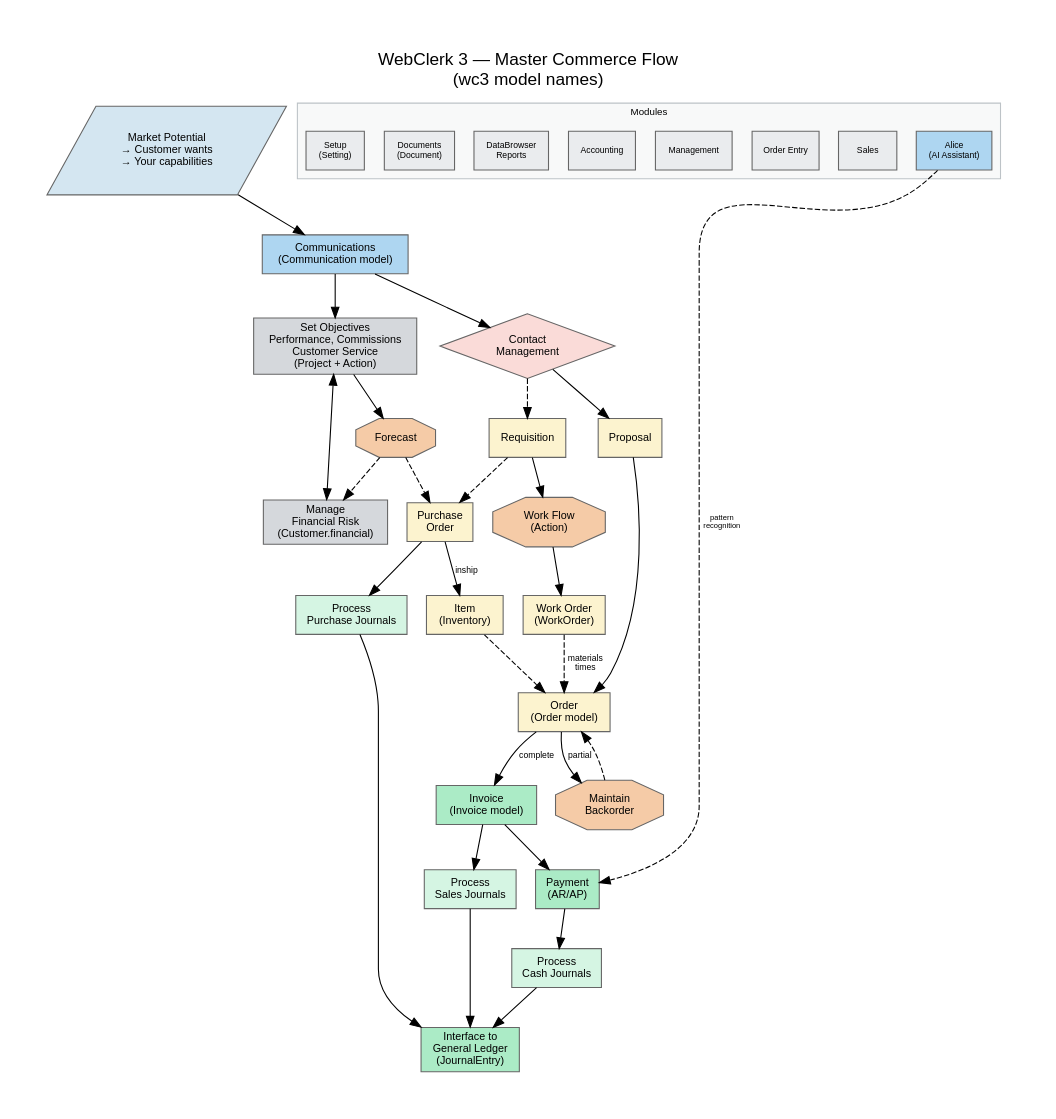
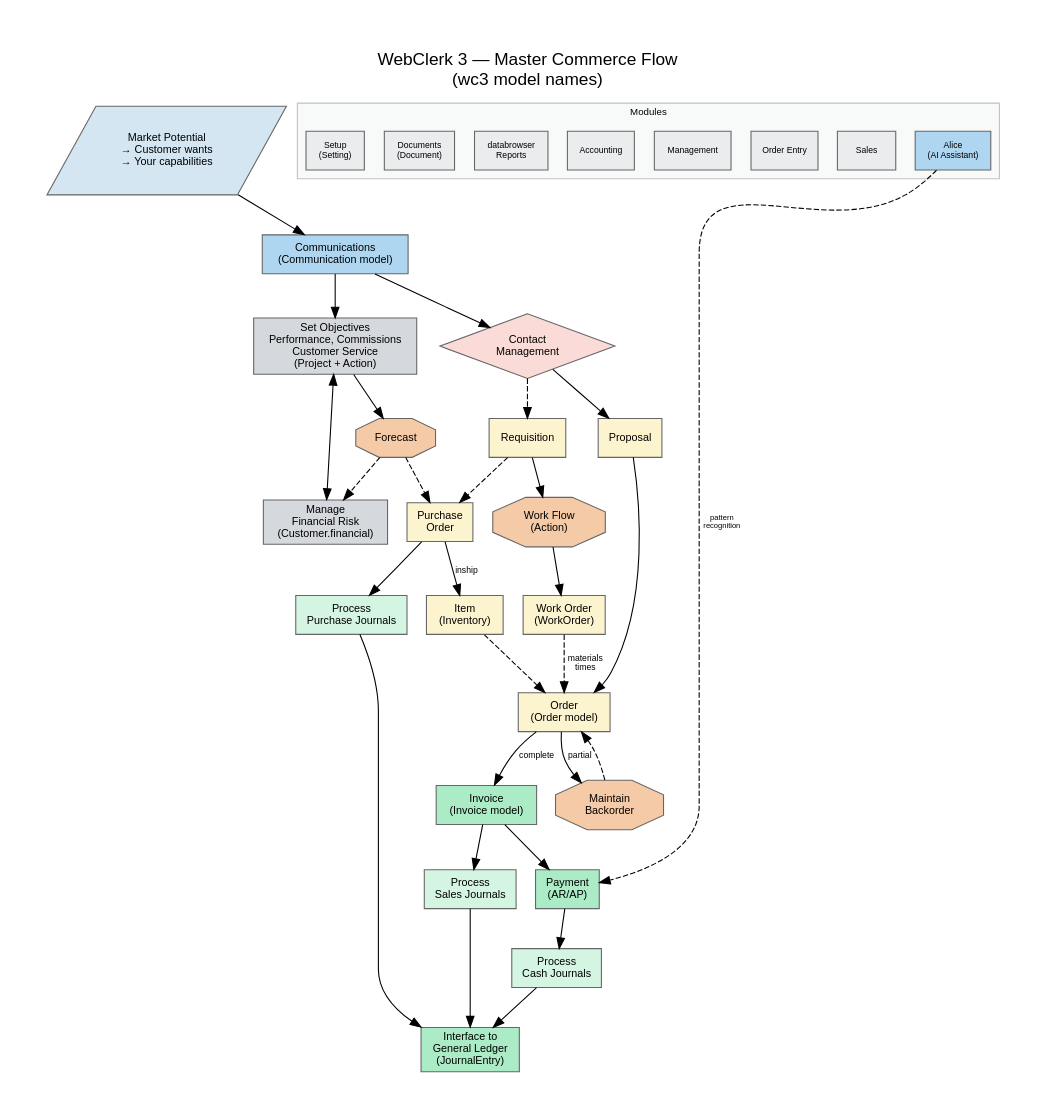
One commit to JPods/WebClerk changed the diagram in readmes/flowcharts/wc3-master-flow.dot. Above: the diagram before and after it, drawn with Graphviz. The commit also changed 383 other files, not shown here.

First line of the commit message:
Parade of Reports onboarding + print preview + Data-Driven UI + BaseModel fields

```diff
--- a/readmes/flowcharts/wc3-master-flow.dot
+++ b/readmes/flowcharts/wc3-master-flow.dot
@@ -1,102 +1,102 @@
 // WC3 Master Commerce Flow — based on wc2 WebClerkComExFlowCharts page 1
 // Updated with wc3 model names and architecture
 // Render: dot -Tpdf wc3-master-flow.dot -o wc3-master-flow.pdf
 
 digraph wc3_master_flow {
     rankdir=TB
     fontname="Helvetica"
     fontsize=11
     node [fontname="Helvetica" fontsize=10 style=filled]
     edge [fontname="Helvetica" fontsize=8]
     label="WebClerk 3 — Master Commerce Flow\n(wc3 model names)"
     labelloc=t
     fontsize=16
     pad=0.5
 
     // ── Style classes ──
     node [shape=box fillcolor="#E8E8E8" color="#666666"]
 
     // ── Entry ──
     market [label="Market Potential\n→ Customer wants\n→ Your capabilities" shape=parallelogram fillcolor="#D4E6F1"]
     comms [label="Communications\n(Communication model)" shape=box fillcolor="#AED6F1"]
 
     // ── Core transaction flow ──
     contact [label="Contact\nManagement" shape=diamond fillcolor="#FADBD8"]
     proposal [label="Proposal" fillcolor="#FCF3CF"]
     order [label="Order\n(Order model)" fillcolor="#FCF3CF"]
     backorder [label="Maintain\nBackorder" shape=octagon fillcolor="#F5CBA7"]
     invoice [label="Invoice\n(Invoice model)" fillcolor="#ABEBC6"]
     payment [label="Payment\n(AR/AP)" fillcolor="#ABEBC6"]
 
     // ── Objectives & management ──
     objectives [label="Set Objectives\nPerformance, Commissions\nCustomer Service\n(Project + Action)" fillcolor="#D5D8DC"]
     forecast [label="Forecast" shape=octagon fillcolor="#F5CBA7"]
     risk [label="Manage\nFinancial Risk\n(Customer.financial)" fillcolor="#D5D8DC"]
 
     // ── Production / fulfillment ──
     requisition [label="Requisition" fillcolor="#FCF3CF"]
     workflow [label="Work Flow\n(Action)" shape=octagon fillcolor="#F5CBA7"]
     workorder [label="Work Order\n(WorkOrder)" fillcolor="#FCF3CF"]
     item [label="Item\n(Inventory)" fillcolor="#FCF3CF"]
     po [label="Purchase\nOrder" fillcolor="#FCF3CF"]
 
     // ── Journals ──
     sales_jrnl [label="Process\nSales Journals" fillcolor="#D5F5E3"]
     cash_jrnl [label="Process\nCash Journals" fillcolor="#D5F5E3"]
     purch_jrnl [label="Process\nPurchase Journals" fillcolor="#D5F5E3"]
     gl [label="Interface to\nGeneral Ledger\n(JournalEntry)" fillcolor="#ABEBC6"]
 
     // ── Right sidebar: modules ──
     subgraph cluster_modules {
         label="Modules"
         style=filled
         fillcolor="#F8F9F9"
         color="#BDC3C7"
         fontsize=9
 
         mod_setup [label="Setup\n(Setting)" shape=box fillcolor="#EAECEE" fontsize=8]
         mod_sales [label="Sales" shape=box fillcolor="#EAECEE" fontsize=8]
         mod_orderentry [label="Order Entry" shape=box fillcolor="#EAECEE" fontsize=8]
         mod_mgmt [label="Management" shape=box fillcolor="#EAECEE" fontsize=8]
         mod_acct [label="Accounting" shape=box fillcolor="#EAECEE" fontsize=8]
-        mod_reports [label="DataBrowser\nReports" shape=box fillcolor="#EAECEE" fontsize=8]
+        mod_reports [label="databrowser\nReports" shape=box fillcolor="#EAECEE" fontsize=8]
         mod_docs [label="Documents\n(Document)" shape=box fillcolor="#EAECEE" fontsize=8]
         mod_alice [label="Alice\n(AI Assistant)" shape=box fillcolor="#AED6F1" fontsize=8]
     }
 
     // ── Edges: main flow ──
     market -> comms
     comms -> objectives
     comms -> contact
     contact -> proposal
     proposal -> order
     order -> backorder [label="partial"]
     order -> invoice [label="complete"]
     backorder -> order [style=dashed]
     invoice -> payment
     objectives -> forecast
     objectives -> risk [dir=both]
     forecast -> risk [style=dashed]
 
     // ── Edges: production ──
     contact -> requisition [style=dashed]
     requisition -> workflow
     workflow -> workorder
     workorder -> order [label="materials\ntimes" style=dashed]
     item -> order [style=dashed]
     po -> item [label="inship"]
     requisition -> po [style=dashed]
     forecast -> po [style=dashed]
 
     // ── Edges: journals ──
     invoice -> sales_jrnl
     payment -> cash_jrnl
     po -> purch_jrnl
     sales_jrnl -> gl
     cash_jrnl -> gl
     purch_jrnl -> gl
 
     // ── Module connections ──
     mod_setup -> comms [style=invis]
     mod_alice -> payment [style=dashed label="pattern\nrecognition" fontsize=7]
 }
```
